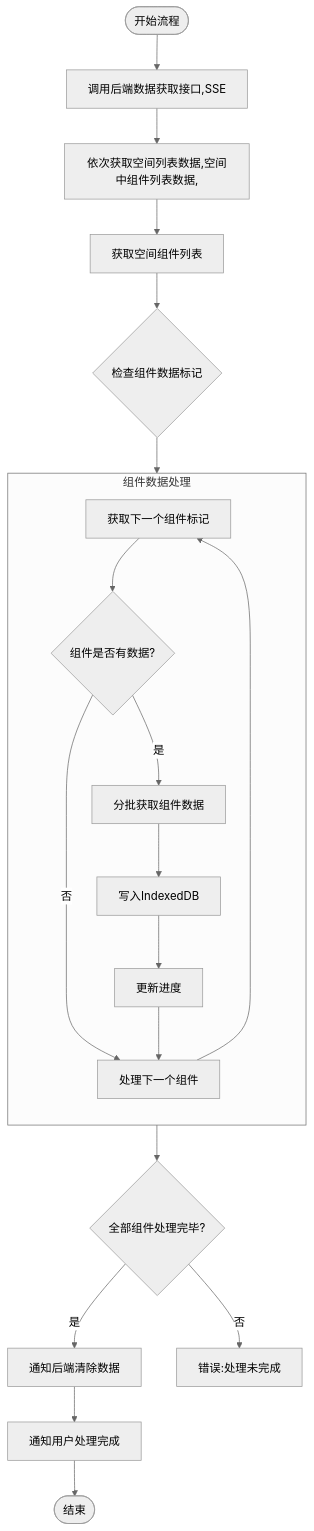
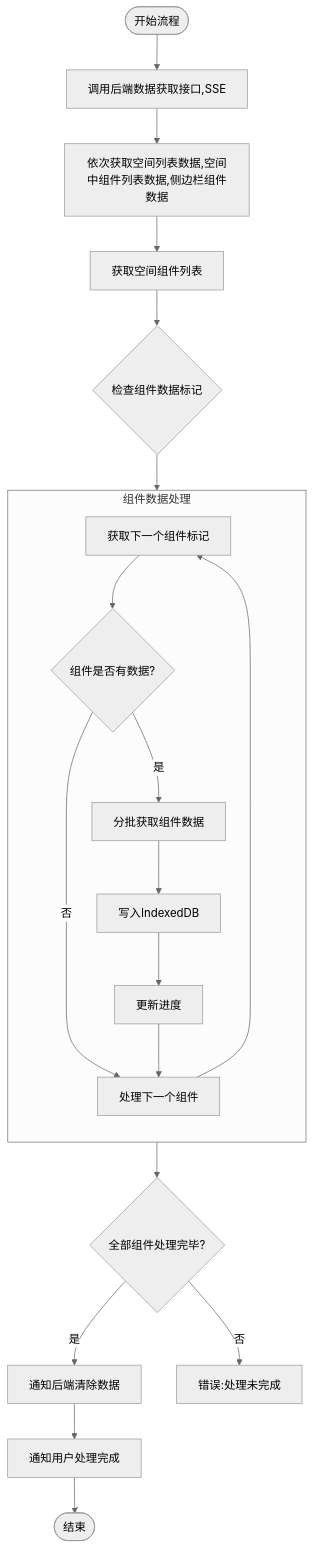
One commit to yingjianzh/iodraw-files changed the diagram in all/未命名-59.md. Above: the diagram before and after it, drawn with Mermaid (neutral theme).

Commit message:
2025-05-14 14:51:31 update

````diff
--- a/all/未命名-59.md
+++ b/all/未命名-59.md
@@ -1,29 +1,29 @@
 ```mermaid
 
 flowchart TD
     Start([开始流程]) --> FetchData[调用后端数据获取接口,SSE]
-    FetchData --> FetchSpaceData[依次获取空间列表数据,空间中组件列表数据,]
+    FetchData --> FetchSpaceData[依次获取空间列表数据,空间中组件列表数据,侧边栏组件数据]
     FetchSpaceData --> FetchComponentList[获取空间组件列表]
     FetchComponentList --> CheckComponentData{检查组件数据标记}
     
     subgraph ComponentProcess [组件数据处理]
         direction TB
         A[获取下一个组件标记] --> B{组件是否有数据?}
         B -->|否| NextComponent[处理下一个组件]
         B -->|是| C[分批获取组件数据]
         C --> D[写入IndexedDB]
         D --> UpdateProgress[更新进度]
         UpdateProgress --> NextComponent
         NextComponent --> A
     end
     
     CheckComponentData --> ComponentProcess
     ComponentProcess --> AllComponentsProcessed{全部组件处理完毕?}
     
     AllComponentsProcessed -->|是| ClearServerData[通知后端清除数据]
     AllComponentsProcessed -->|否| Error3[错误:处理未完成]
     
     ClearServerData --> CompletionNotification[通知用户处理完成]
     CompletionNotification --> End([结束])
 
 ```
````
